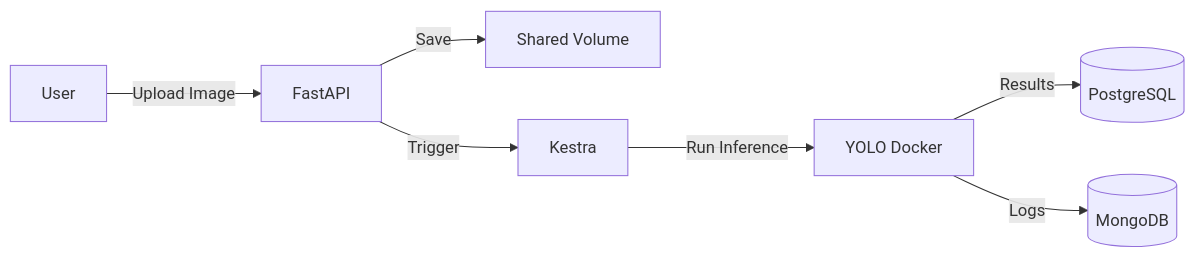
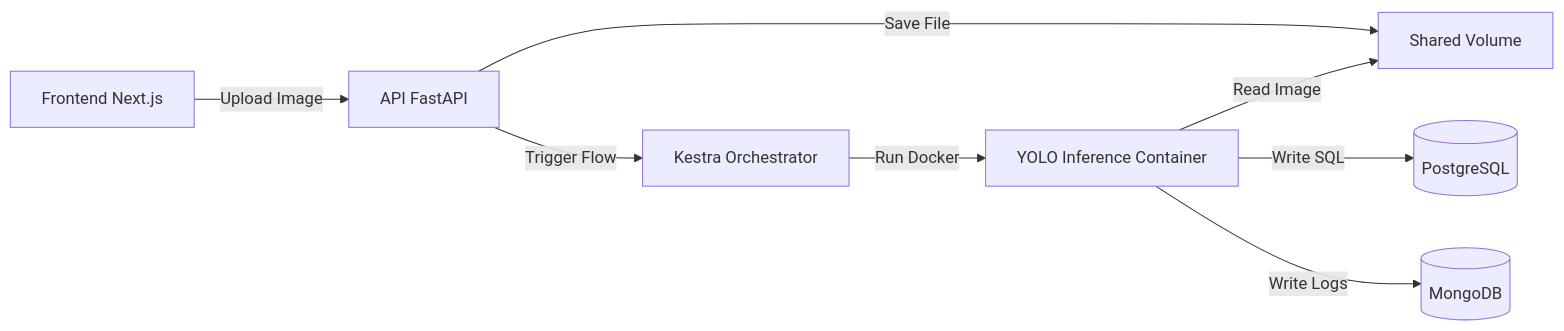
Before and after one commit to p3dru/teste_tecnico_inforgeneses: the diagram in README.md, drawn with Mermaid. The commit also changed other lines of this file and 1 other file, not shown here.

````diff
--- a/README.md
+++ b/README.md
@@ -44,9 +66,10 @@
 ```mermaid
 graph LR
-    A[User] -->|Upload Image| B[FastAPI]
-    B -->|Save| C[Shared Volume]
-    B -->|Trigger| D[Kestra]
-    D -->|Run Inference| E[YOLO Docker]
-    E -->|Results| F[(PostgreSQL)]
-    E -->|Logs| G[(MongoDB)]
+    A[Frontend Next.js] -->|Upload Image| B[API FastAPI]
+    B -->|Save File| C[Shared Volume]
+    B -->|Trigger Flow| D[Kestra Orchestrator]
+    D -->|Run Docker| E[YOLO Inference Container]
+    E -->|Read Image| C
+    E -->|Write SQL| F[(PostgreSQL)]
+    E -->|Write Logs| G[(MongoDB)]
 ```
````
